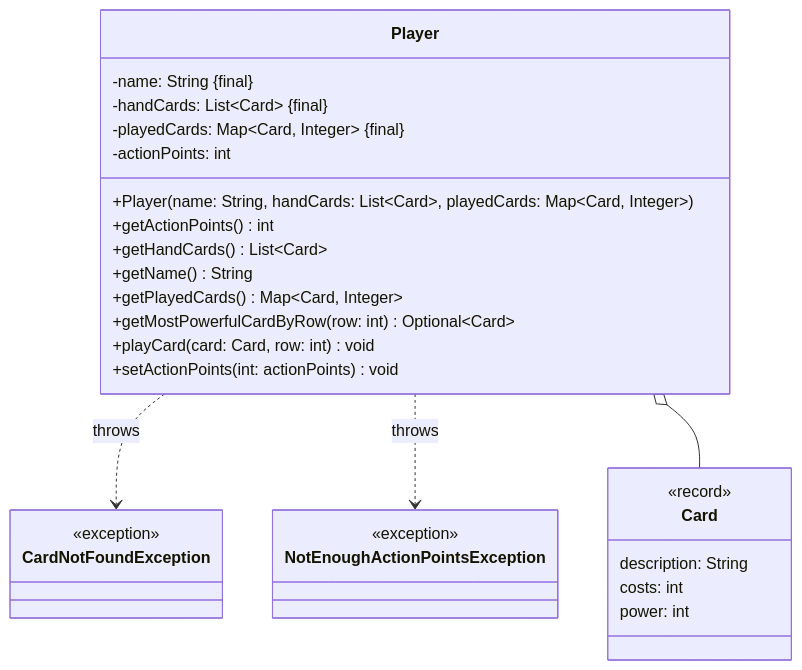
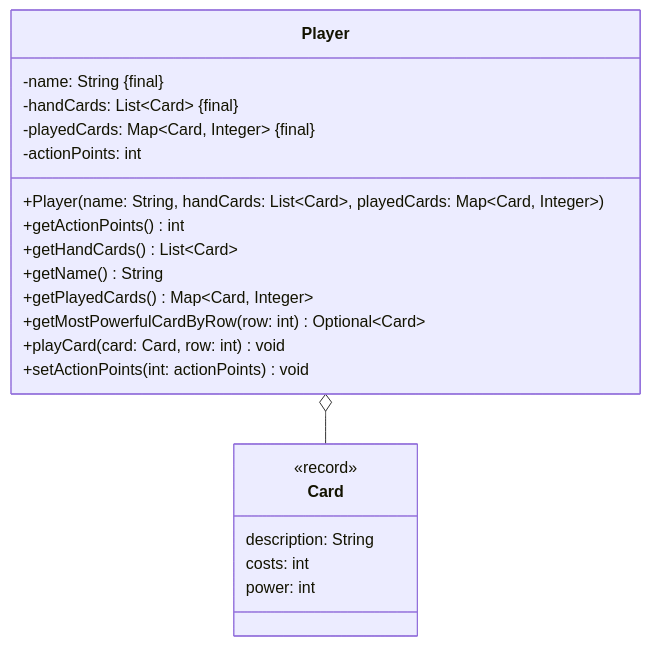
One commit to jappuccini/java-docs changed the diagram in docs/exam-exercises/exam-exercises-java2/class-diagrams/player.md. Above: the diagram before and after it, drawn with Mermaid. The commit also changed 64 other files, not shown here.

````diff
--- a/docs/exam-exercises/exam-exercises-java2/class-diagrams/player.md
+++ b/docs/exam-exercises/exam-exercises-java2/class-diagrams/player.md
@@ -12,37 +12,27 @@
 ```mermaid
 classDiagram
 
-    Player ..> CardNotFoundException: throws
-    Player ..> NotEnoughActionPointsException: throws
     Player o-- Card
 
     class Card {
         <<record>>
         description: String
         costs: int
         power: int
     }
 
     class Player {
         -name: String #123;final#125;
         -handCards: List~Card~ #123;final#125;
         -playedCards: Map~Card, Integer~ #123;final#125;
         -actionPoints: int
         +Player(name: String, handCards: List~Card~, playedCards: Map~Card, Integer~)
         +getActionPoints() int
         +getHandCards() List~Card~
         +getName() String
         +getPlayedCards() Map~Card, Integer~
         +getMostPowerfulCardByRow(row: int) Optional~Card~
         +playCard(card: Card, row: int) void
         +setActionPoints(int: actionPoints) void
     }
-
-    class NotEnoughActionPointsException {
-        <<exception>>
-    }
-
-    class CardNotFoundException {
-        <<exception>>
-    }
 ```
````
